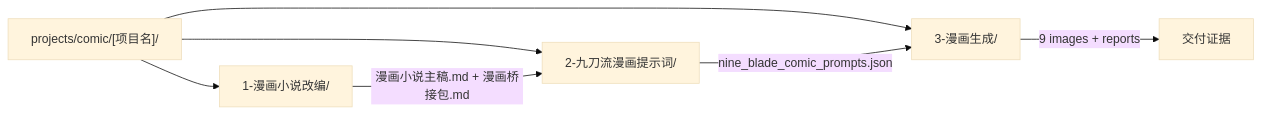
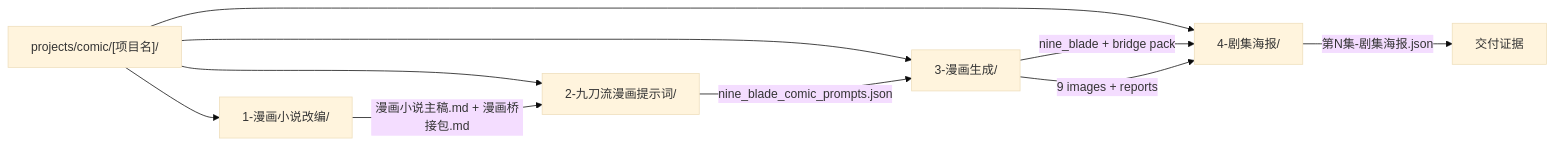
Before and after one commit to ZEN-VOID/AI-CUT: the second of 3 diagrams in .agents/skills/comic/SKILL.md, drawn with Mermaid (base theme). The commit also changed other lines of this file and 41 other files, not shown here.

````diff
--- a/.agents/skills/comic/SKILL.md
+++ b/.agents/skills/comic/SKILL.md
@@ -59,9 +62,12 @@
 ```mermaid
 flowchart LR
     A["projects/comic/[项目名]/"] --> B["1-漫画小说改编/"]
     A --> C["2-九刀流漫画提示词/"]
     A --> D["3-漫画生成/"]
+    A --> E["4-剧集海报/"]
     B -->|"漫画小说主稿.md + 漫画桥接包.md"| C
     C -->|"nine_blade_comic_prompts.json"| D
-    D -->|"9 images + reports"| E["交付证据"]
+    D -->|"nine_blade + bridge pack"| E
+    D -->|"9 images + reports"| E
+    E -->|"第N集-剧集海报.json"| F["交付证据"]
 ```
````
